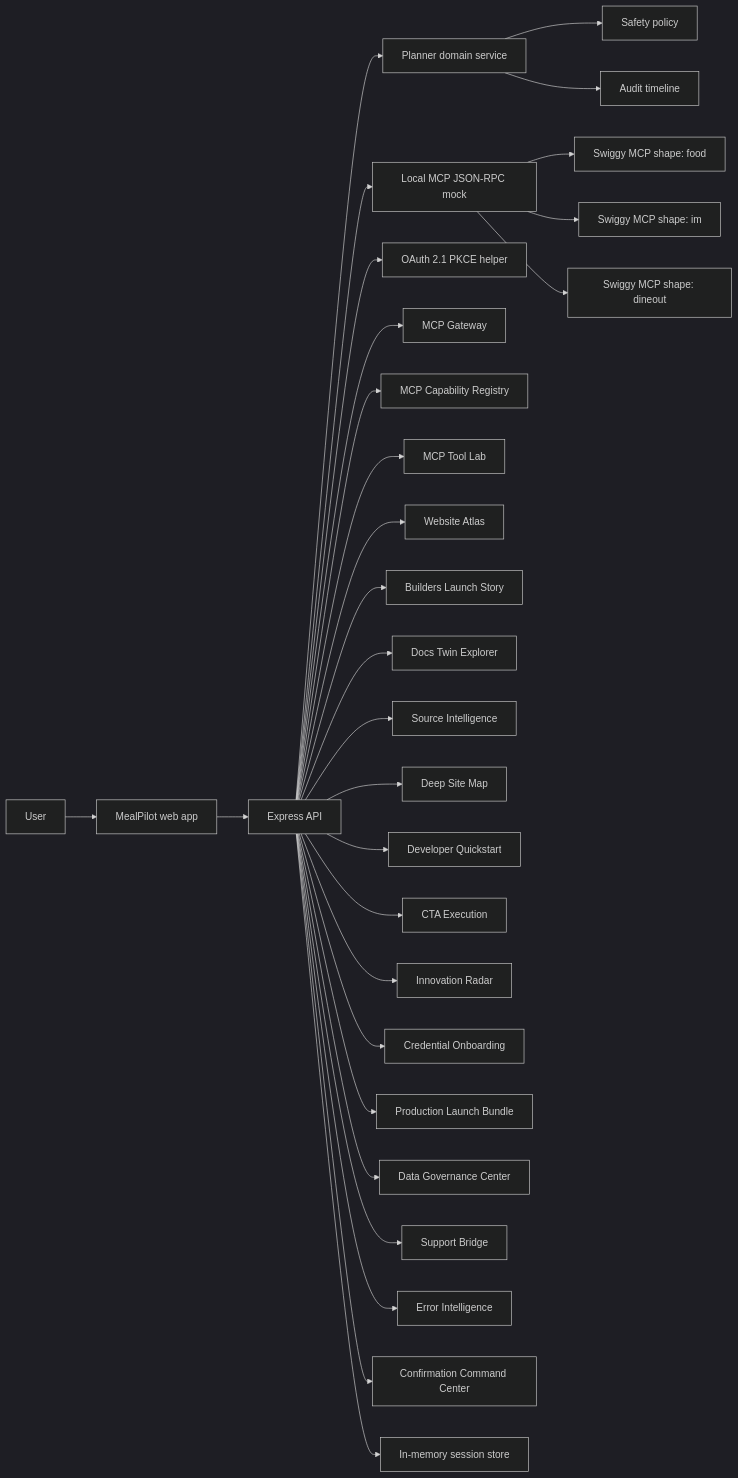
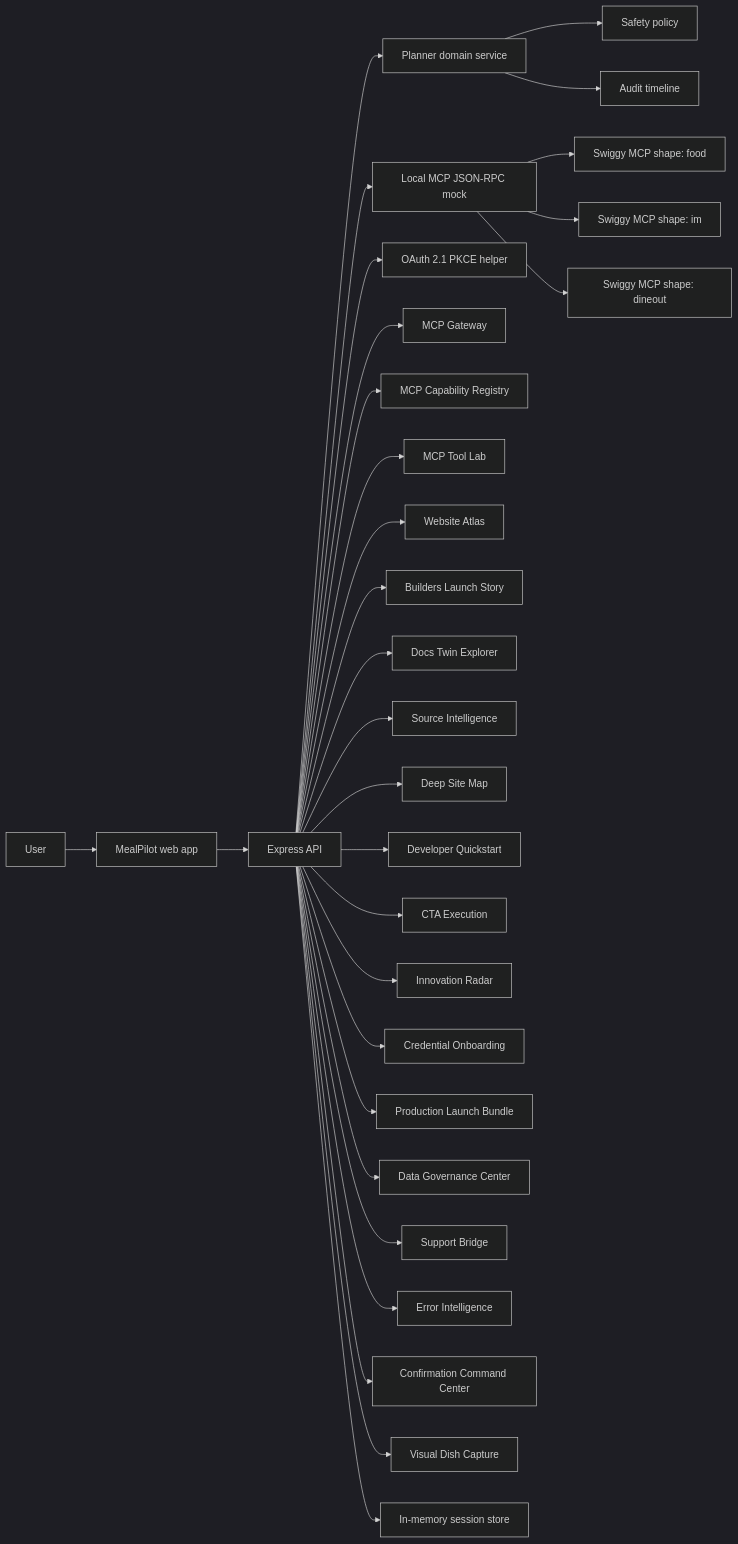
The diagram in docs/architecture.md (Farhankhan0128/MealPilot), drawn with Mermaid (dark theme) before and after one commit. The commit also changed other lines of this file and 21 other files, not shown here.

Commit message:
Add Swiggy visual dish capture center

````diff
--- a/docs/architecture.md
+++ b/docs/architecture.md
@@ -7,31 +7,32 @@
 ```mermaid
 flowchart LR
   U["User"] --> UI["MealPilot web app"]
   UI --> API["Express API"]
   API --> Planner["Planner domain service"]
   Planner --> Safety["Safety policy"]
   API --> Mock["Local MCP JSON-RPC mock"]
   API --> Auth["OAuth 2.1 PKCE helper"]
   API --> Gateway["MCP Gateway"]
   API --> Registry["MCP Capability Registry"]
   API --> ToolLab["MCP Tool Lab"]
   API --> Atlas["Website Atlas"]
   API --> Story["Builders Launch Story"]
   API --> DocsTwin["Docs Twin Explorer"]
   API --> SourceIntel["Source Intelligence"]
   API --> DeepMap["Deep Site Map"]
   API --> DevQuick["Developer Quickstart"]
   API --> CtaExec["CTA Execution"]
   API --> Innovation["Innovation Radar"]
   API --> Credential["Credential Onboarding"]
   API --> Launch["Production Launch Bundle"]
   API --> DataGov["Data Governance Center"]
   API --> Support["Support Bridge"]
   API --> Errors["Error Intelligence"]
   API --> ConfirmCmd["Confirmation Command Center"]
+  API --> DishCapture["Visual Dish Capture"]
   Mock --> Food["Swiggy MCP shape: food"]
   Mock --> IM["Swiggy MCP shape: im"]
   Mock --> Dineout["Swiggy MCP shape: dineout"]
   API --> Store["In-memory session store"]
   Planner --> Obs["Audit timeline"]
 ```
````
